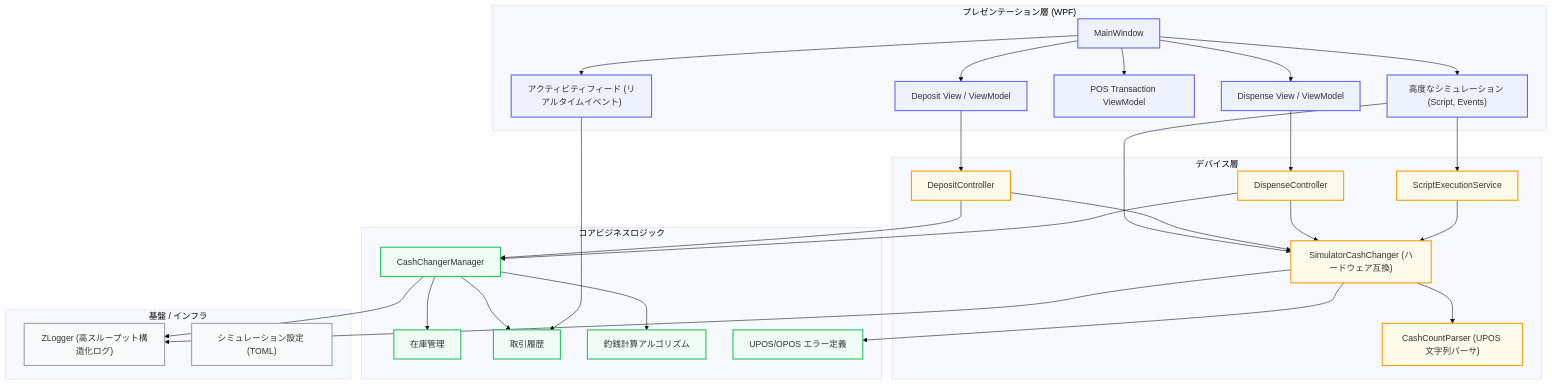
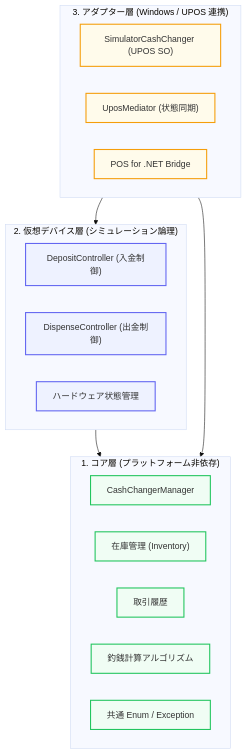
One commit to w-red/CashChangerSimulator.Core changed the diagram in docs/Architecture_JP.md. Above: the diagram before and after it, drawn with Mermaid (base theme). The commit also changed other lines of this file and 3 other files, not shown here.

First line of the commit message:
docs: update Architecture and README for reliability improvements

````diff
--- a/docs/Architecture_JP.md
+++ b/docs/Architecture_JP.md
@@ -9,77 +9,38 @@
 ```mermaid
 graph TD
     %% Define Styles
-    classDef uiLayer fill:#eef2ff,stroke:#6366f1,stroke-width:2px;
     classDef coreLayer fill:#f0fdf4,stroke:#22c55e,stroke-width:2px;
-    classDef deviceLayer fill:#fffbeb,stroke:#f59e0b,stroke-width:2px;
-    classDef infraLayer fill:#f8fafc,stroke:#94a3b8,stroke-width:2px;
+    classDef virtualLayer fill:#eef2ff,stroke:#6366f1,stroke-width:2px;
+    classDef adapterLayer fill:#fffbeb,stroke:#f59e0b,stroke-width:2px;
     
-    %% UI Layer
-    subgraph UI ["プレゼンテーション層 (WPF)"]
-        MainWindow["MainWindow"]
-        DepositView["Deposit View / ViewModel"]
-        DispenseView["Dispense View / ViewModel"]
-        PosView["POS Transaction ViewModel"]
-        AdvancedSim["高度なシミュレーション (Script, Events)"]
-        ActivityFeed["アクティビティフィード (リアルタイムイベント)"]
-    end
-    class MainWindow,DepositView,DispenseView,PosView,AdvancedSim,ActivityFeed uiLayer
-
-    %% Device/Service Layer
-    subgraph Device ["デバイス層"]
-        DepositController["DepositController"]
-        DispenseController["DispenseController"]
-        SimCashChanger["SimulatorCashChanger (ハードウェア互換)"]
-        CashCountParser["CashCountParser (UPOS 文字列パーサ)"]
-        ScriptService["ScriptExecutionService"]
-    end
-    class DepositController,DispenseController,SimCashChanger,CashCountParser,ScriptService deviceLayer
-
-    %% Core Layer
-    subgraph Core ["コアビジネスロジック"]
+    %% Core Layer (CashChangerSimulator.Core)
+    subgraph Core ["1. コア層 (プラットフォーム非依存)"]
         Manager["CashChangerManager"]
-        Inventory["在庫管理"]
+        Inventory["在庫管理 (Inventory)"]
         History["取引履歴"]
         Calc["釣銭計算アルゴリズム"]
-        OposCode["UPOS/OPOS エラー定義"]
+        DeviceEnums["共通 Enum / Exception"]
     end
-    class Manager,Inventory,History,Calc,OposCode coreLayer
+    class Manager,Inventory,History,Calc,DeviceEnums coreLayer
 
-    %% Infrastructure
-    subgraph Infrastructure ["基盤 / インフラ"]
-        Logger["ZLogger (高スループット構造化ログ)"]
-        Config["シミュレーション設定 (TOML)"]
+    %% Virtual Device Layer (Device.Virtual)
+    subgraph Virtual ["2. 仮想デバイス層 (シミュレーション論理)"]
+        DepositController["DepositController (入金制御)"]
+        DispenseController["DispenseController (出金制御)"]
+        HardwareStatus["ハードウェア状態管理"]
     end
-    class Logger,Config infraLayer
+    class DepositController,DispenseController,HardwareStatus virtualLayer
+
+    %% Adapter Layer (Device.PosForDotNet)
+    subgraph Adapter ["3. アダプター層 (Windows / UPOS 連携)"]
+        SO["SimulatorCashChanger (UPOS SO)"]
+        Mediator["UposMediator (状態同期)"]
+        PosAdapter["POS for .NET Bridge"]
+    end
+    class SO,Mediator,PosAdapter adapterLayer
 
     %% Relationships
-    MainWindow --> DepositView
-    MainWindow --> DispenseView
-    MainWindow --> PosView
-    MainWindow --> AdvancedSim
-    MainWindow --> ActivityFeed
-
-    DepositView --> DepositController
-    DispenseView --> DispenseController
-    AdvancedSim --> ScriptService
-    AdvancedSim --> SimCashChanger
-
-    DepositController --> Manager
-    DepositController --> SimCashChanger
-    
-    DispenseController --> Manager
-    DispenseController --> SimCashChanger
-    
-    ScriptService --> SimCashChanger
-    
-    SimCashChanger --> CashCountParser
-    SimCashChanger --> OposCode
-    
-    Manager --> Inventory
-    Manager --> Calc
-    Manager --> History
-    
-    SimCashChanger --> Logger
-    Manager --> Logger
-    ActivityFeed --> History
+    Virtual --> Core
+    Adapter --> Virtual
+    Adapter --> Core
 ```
````
